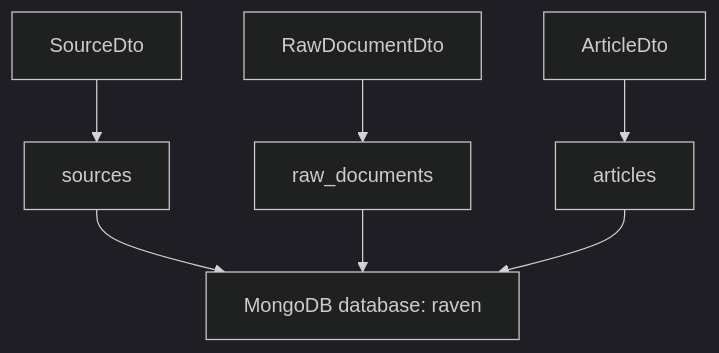
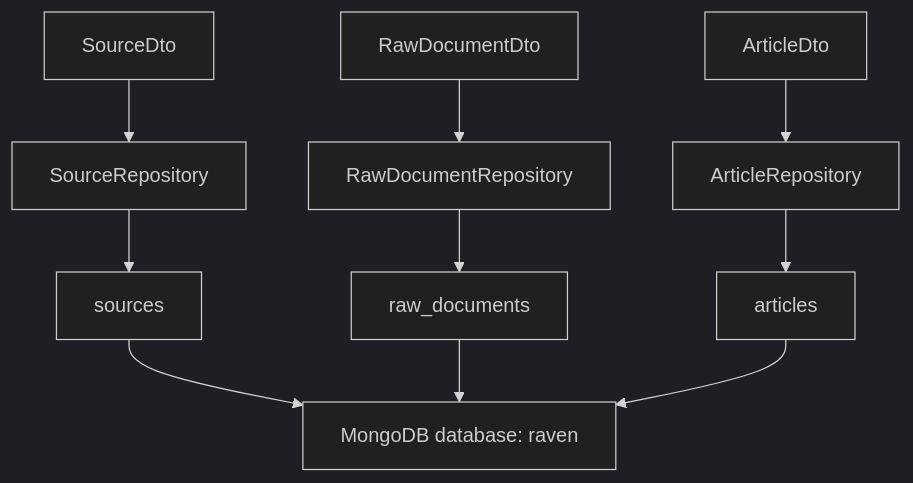
The fifth of 6 diagrams in docs/data-flows.md (maxtarquini/osint), drawn with Mermaid (dark theme) before and after one commit. The commit also changed other lines of this file and 16 other files, not shown here.

````diff
--- a/docs/data-flows.md
+++ b/docs/data-flows.md
@@ -118,17 +118,23 @@
 ```mermaid
 flowchart TD
     SourceDto["SourceDto"]
     RawDocumentDto["RawDocumentDto"]
     ArticleDto["ArticleDto"]
+    SourceRepo["SourceRepository"]
+    RawRepo["RawDocumentRepository"]
+    ArticleRepo["ArticleRepository"]
     Mongo["MongoDB database: raven"]
     Sources["sources"]
     RawDocuments["raw_documents"]
     Articles["articles"]
 
-    SourceDto --> Sources
-    RawDocumentDto --> RawDocuments
-    ArticleDto --> Articles
+    SourceDto --> SourceRepo
+    RawDocumentDto --> RawRepo
+    ArticleDto --> ArticleRepo
+    SourceRepo --> Sources
+    RawRepo --> RawDocuments
+    ArticleRepo --> Articles
     Sources --> Mongo
     RawDocuments --> Mongo
     Articles --> Mongo
 ```
````
